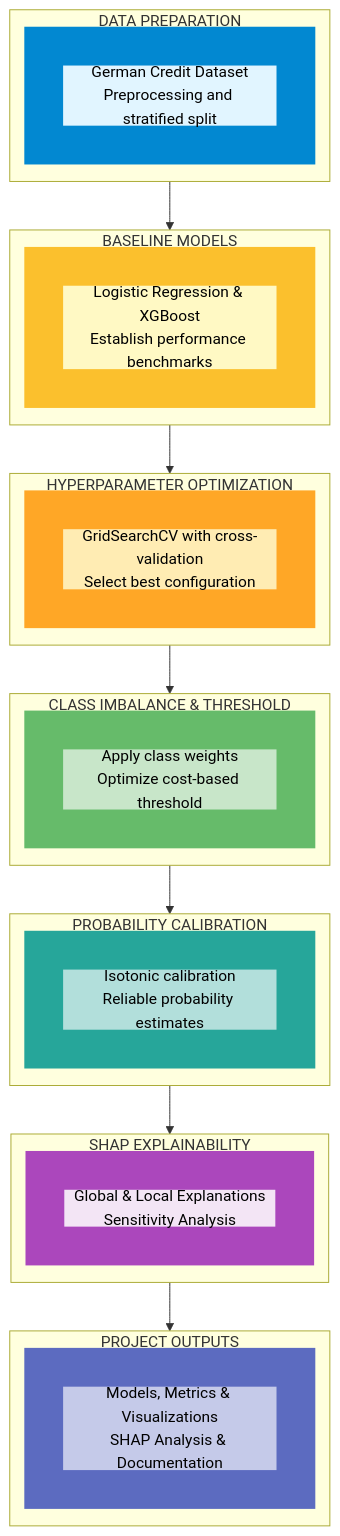
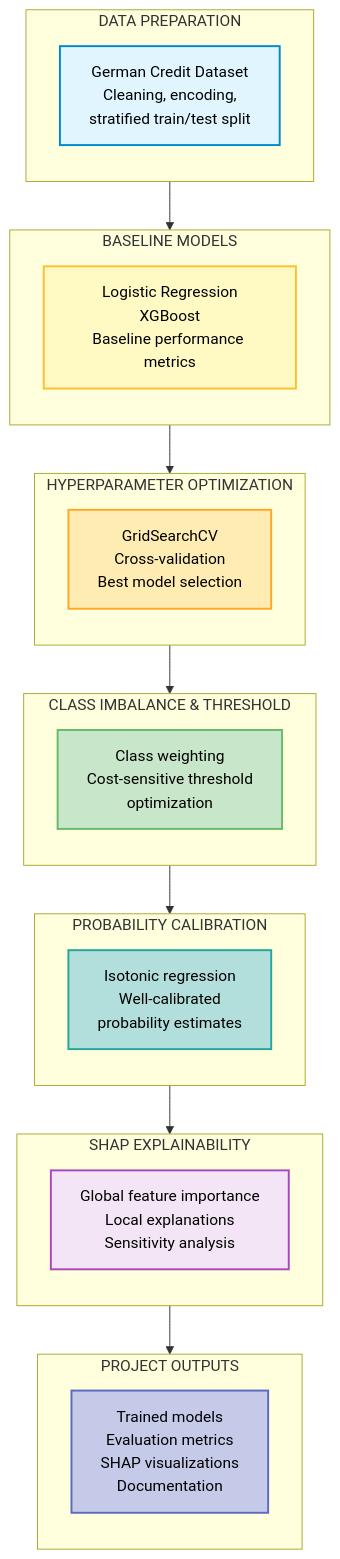
One commit to aneeshfelicity/DS-Capstone changed the diagram in README.md. Above: the diagram before and after it, drawn with Mermaid. The commit also changed other lines of this file, not shown here.

Commit message:
Revise Docker setup instructions in README
Updated setup instructions for Docker to improve clarity and consistency. Enhanced details on commands and project structure.

````diff
--- a/README.md
+++ b/README.md
@@ -182,60 +177,93 @@
 ```mermaid
 flowchart TB
-    subgraph data[" DATA PREPARATION "]
-        direction TB
-        A1[German Credit Dataset<br/>Preprocessing and stratified split]
-    end
-    
-    subgraph baseline[" BASELINE MODELS "]
-        direction TB
-        B1[Logistic Regression & XGBoost<br/>Establish performance benchmarks]
-    end
-    
-    subgraph tuning[" HYPERPARAMETER OPTIMIZATION "]
-        direction TB
-        C1[GridSearchCV with cross-validation<br/>Select best configuration]
-    end
-    
-    subgraph balance[" CLASS IMBALANCE & THRESHOLD "]
-        direction TB
-        D1[Apply class weights<br/>Optimize cost-based threshold]
-    end
-    
-    subgraph calibration[" PROBABILITY CALIBRATION "]
-        direction TB
-        E1[Isotonic calibration<br/>Reliable probability estimates]
-    end
-    
-    subgraph shap[" SHAP EXPLAINABILITY "]
-        direction TB
-        F1[Global & Local Explanations<br/>Sensitivity Analysis]
-    end
-    
-    subgraph outputs[" PROJECT OUTPUTS "]
-        direction TB
-        G1[Models, Metrics & Visualizations<br/>SHAP Analysis & Documentation]
-    end
-    
-    data --> baseline
-    baseline --> tuning
-    tuning --> balance
-    balance --> calibration
-    calibration --> shap
-    shap --> outputs
-    
-    classDef dataStyle fill:#e1f5ff,stroke:#0288d1,stroke-width:40px,color:#000
-    classDef baselineStyle fill:#fff9c4,stroke:#fbc02d,stroke-width:40px,color:#000
-    classDef tuningStyle fill:#ffecb3,stroke:#ffa726,stroke-width:40px,color:#000
-    classDef balanceStyle fill:#c8e6c9,stroke:#66bb6a,stroke-width:40px,color:#000
-    classDef calibrationStyle fill:#b2dfdb,stroke:#26a69a,stroke-width:40px,color:#000
-    classDef shapStyle fill:#f3e5f5,stroke:#ab47bc,stroke-width:40px,color:#000
-    classDef outputStyle fill:#c5cae9,stroke:#5c6bc0,stroke-width:40px,color:#000
-    
-    class A1 dataStyle
-    class B1 baselineStyle
-    class C1 tuningStyle
-    class D1 balanceStyle
-    class E1 calibrationStyle
-    class F1 shapStyle
-    class G1 outputStyle
+
+%% =========================
+%% DATA PREPARATION
+%% =========================
+subgraph data["DATA PREPARATION"]
+    direction TB
+    A1["German Credit Dataset<br/>Cleaning, encoding,<br/>stratified train/test split"]
+end
+
+%% =========================
+%% BASELINE MODELS
+%% =========================
+subgraph baseline["BASELINE MODELS"]
+    direction TB
+    B1["Logistic Regression<br/>XGBoost<br/>Baseline performance metrics"]
+end
+
+%% =========================
+%% HYPERPARAMETER TUNING
+%% =========================
+subgraph tuning["HYPERPARAMETER OPTIMIZATION"]
+    direction TB
+    C1["GridSearchCV<br/>Cross-validation<br/>Best model selection"]
+end
+
+%% =========================
+%% CLASS IMBALANCE
+%% =========================
+subgraph balance["CLASS IMBALANCE & THRESHOLD"]
+    direction TB
+    D1["Class weighting<br/>Cost-sensitive threshold<br/>optimization"]
+end
+
+%% =========================
+%% CALIBRATION
+%% =========================
+subgraph calibration["PROBABILITY CALIBRATION"]
+    direction TB
+    E1["Isotonic regression<br/>Well-calibrated<br/>probability estimates"]
+end
+
+%% =========================
+%% SHAP
+%% =========================
+subgraph shap["SHAP EXPLAINABILITY"]
+    direction TB
+    F1["Global feature importance<br/>Local explanations<br/>Sensitivity analysis"]
+end
+
+%% =========================
+%% OUTPUTS
+%% =========================
+subgraph outputs["PROJECT OUTPUTS"]
+    direction TB
+    G1["Trained models<br/>Evaluation metrics<br/>SHAP visualizations<br/>Documentation"]
+end
+
+%% FLOW
+data --> baseline --> tuning --> balance --> calibration --> shap --> outputs
+
+%% =========================
+%% STYLES
+%% =========================
+classDef dataStyle fill:#e1f5ff,stroke:#0288d1,stroke-width:2px,color:#000
+classDef baselineStyle fill:#fff9c4,stroke:#fbc02d,stroke-width:2px,color:#000
+classDef tuningStyle fill:#ffecb3,stroke:#ffa726,stroke-width:2px,color:#000
+classDef balanceStyle fill:#c8e6c9,stroke:#66bb6a,stroke-width:2px,color:#000
+classDef calibrationStyle fill:#b2dfdb,stroke:#26a69a,stroke-width:2px,color:#000
+classDef shapStyle fill:#f3e5f5,stroke:#ab47bc,stroke-width:2px,color:#000
+classDef outputStyle fill:#c5cae9,stroke:#5c6bc0,stroke-width:2px,color:#000
+
+class A1 dataStyle
+class B1 baselineStyle
+class C1 tuningStyle
+class D1 balanceStyle
+class E1 calibrationStyle
+class F1 shapStyle
+class G1 outputStyle
+
+%% =========================
+%% SIZE CONTROL (CRITICAL)
+%% =========================
+style A1 min-width:360px,padding:12px
+style B1 min-width:360px,padding:12px
+style C1 min-width:380px,padding:12px
+style D1 min-width:360px,padding:12px
+style E1 min-width:360px,padding:12px
+style F1 min-width:360px,padding:12px
+style G1 min-width:380px,padding:12px
+
 ```
````
